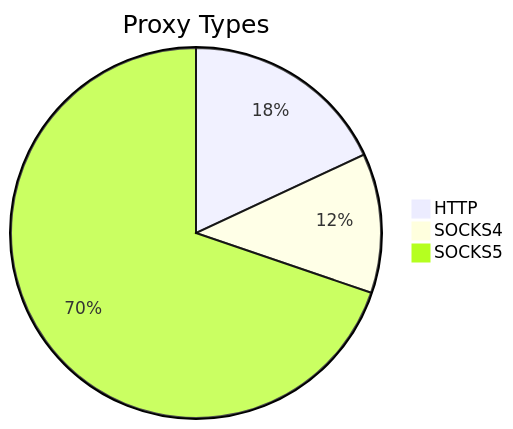
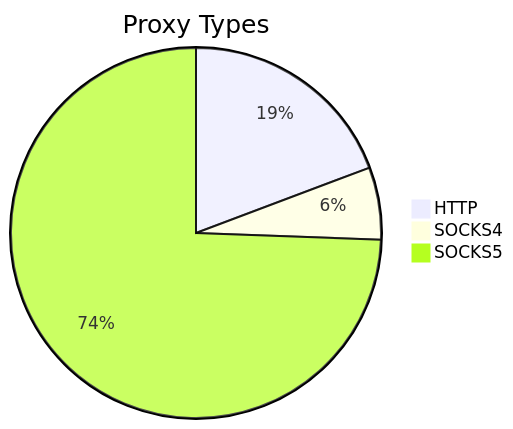
One commit to stormsia/proxy-list changed the first of 2 diagrams in README.md. Above: the diagram before and after it, drawn with Mermaid. The commit also changed other lines of this file, not shown here.

````diff
--- a/README.md
+++ b/README.md
@@ -21,6 +21,6 @@
 ```mermaid
 pie title Proxy Types
-    "HTTP" : 126
-    "SOCKS4" : 85
-    "SOCKS5" : 487
+    "HTTP" : 58
+    "SOCKS4" : 19
+    "SOCKS5" : 224
 ```
````
